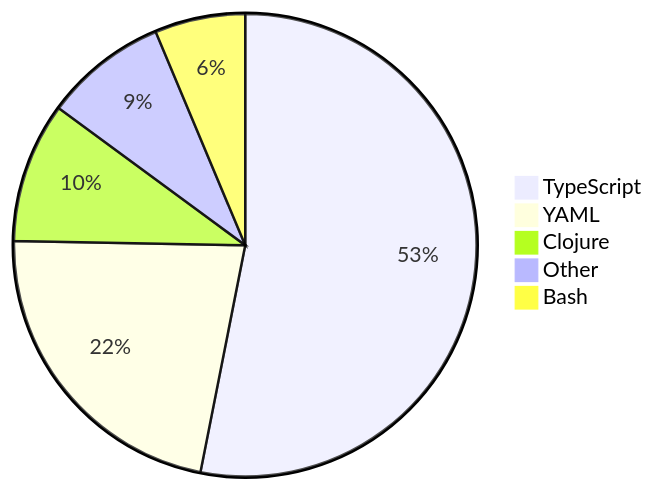
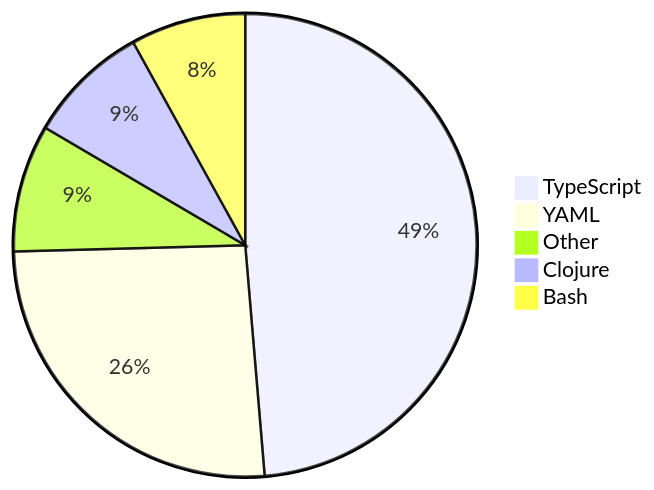
One commit to skvggor/skvggor changed the diagram in README.md. Above: the diagram before and after it, drawn with Mermaid.

Commit message:
Updated waka-readme graph with new metrics

````diff
--- a/README.md
+++ b/README.md
@@ -28,8 +28,8 @@
 ```mermaid
 pie
-    "TypeScript" : 44.5
-    "YAML" : 18.6
-    "Clojure" : 8.2
-    "Other" : 7.2
-    "Bash" : 5.3
+    "TypeScript" : 40.0
+    "YAML" : 21.3
+    "Other" : 7.3
+    "Clojure" : 7.0
+    "Bash" : 6.6
 ```
````
